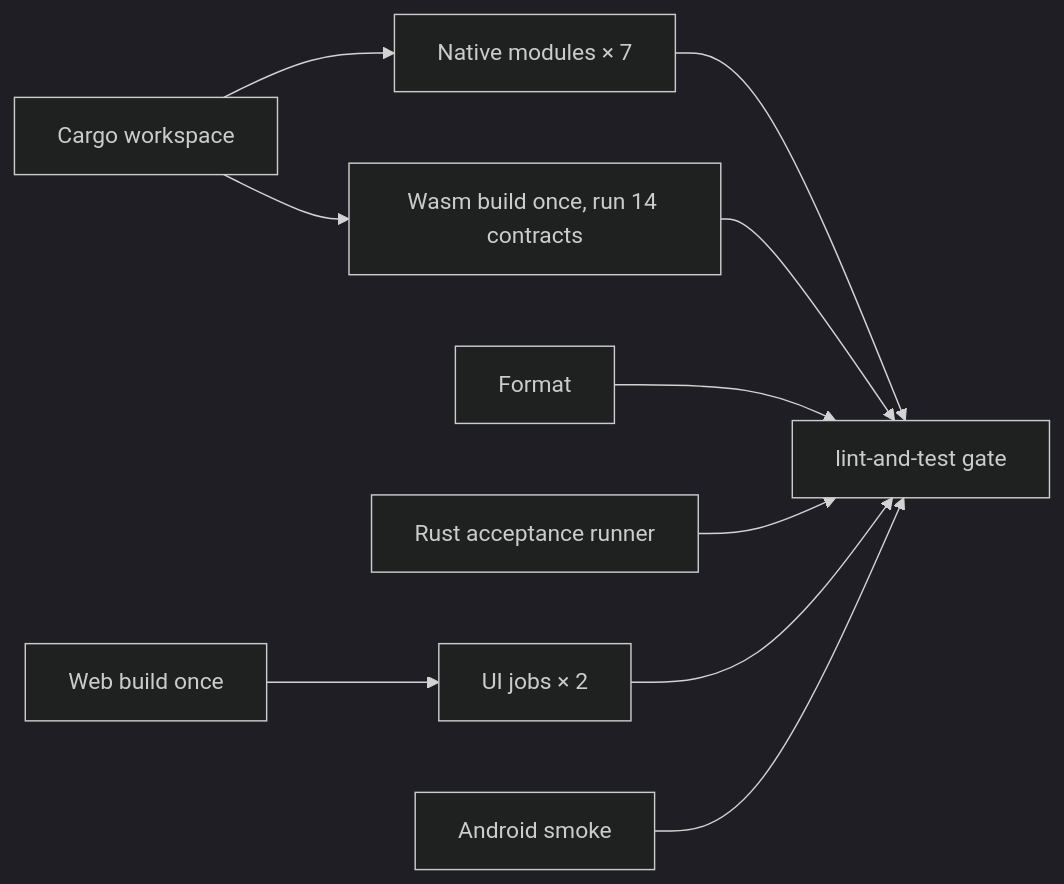
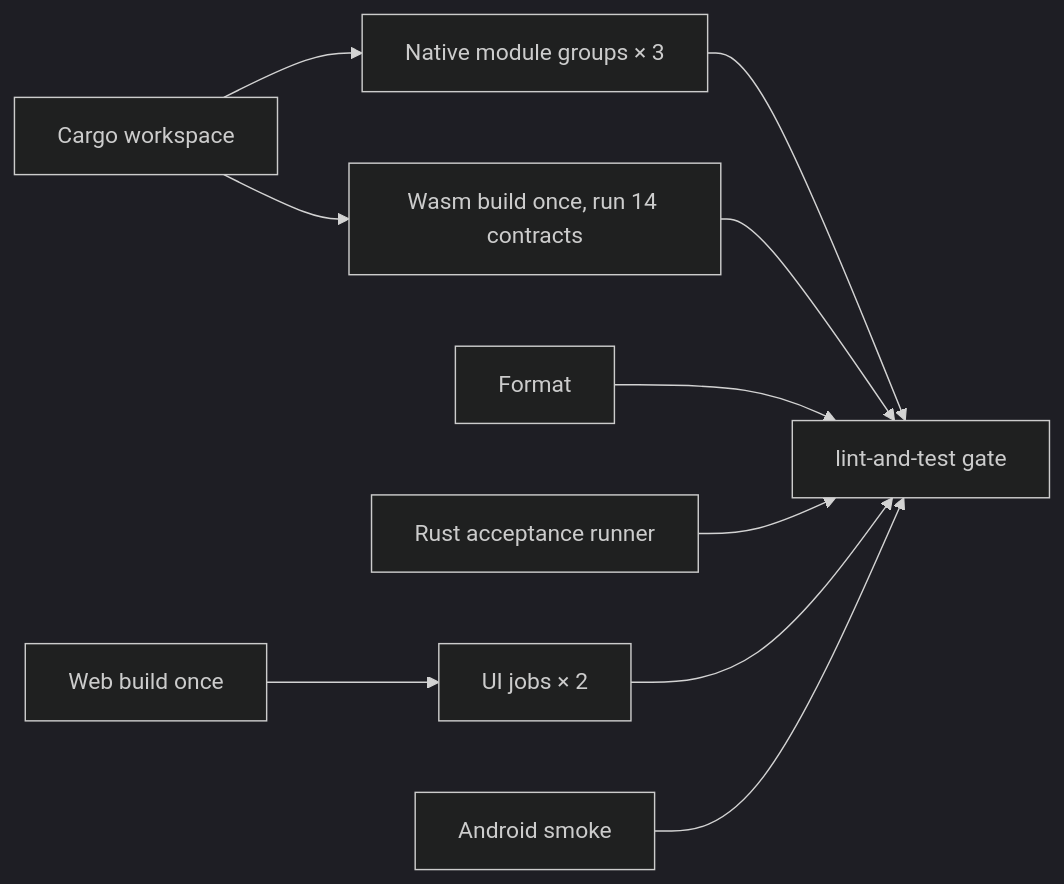
One commit to Develata/RSS-Reader changed the diagram in docs/testing/mainline-validation-matrix.md. Above: the diagram before and after it, drawn with Mermaid (dark theme). The commit also changed other lines of this file and 4 other files, not shown here.

First line of the commit message:
ci: address the Codex review and group native modules

````diff
--- a/docs/testing/mainline-validation-matrix.md
+++ b/docs/testing/mainline-validation-matrix.md
@@ -47,12 +47,12 @@
 ```mermaid
 flowchart LR
-  W[Cargo workspace] --> N[Native modules × 7]
+  W[Cargo workspace] --> N[Native module groups × 3]
   B[Web build once] --> U[UI jobs × 2]
   F[Format] --> G[lint-and-test gate]
   T[Rust acceptance runner] --> G
   N --> G
   U --> G
   W --> C[Wasm build once, run 14 contracts]
   C --> G
   A[Android smoke] --> G
 ```
````
